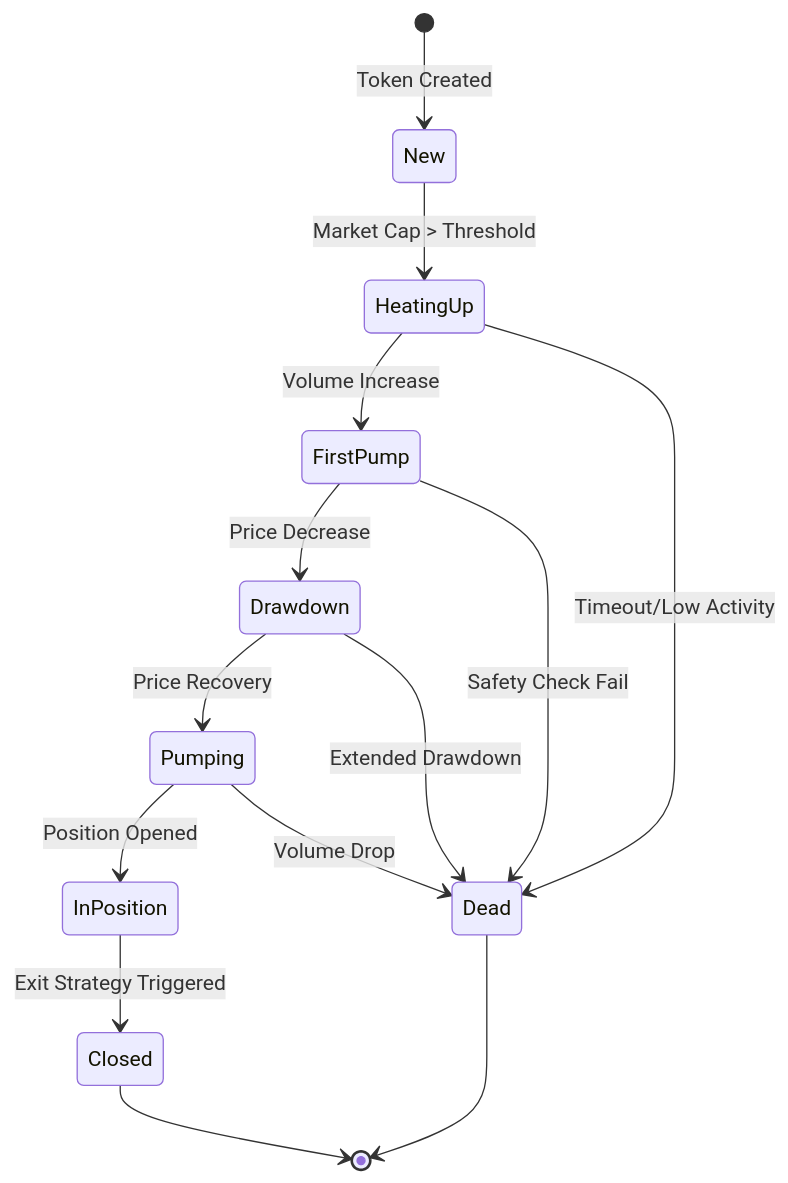
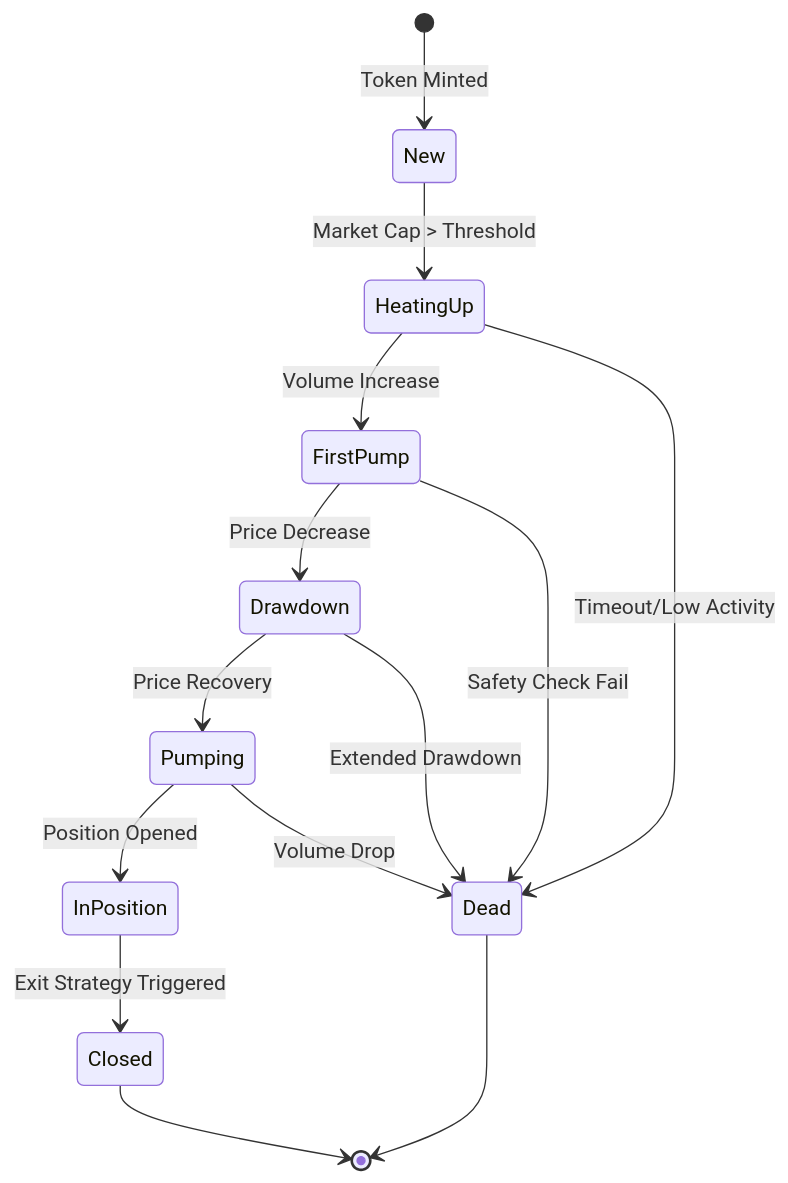
The second of 2 diagrams in docs/diagrams/Architecture.md (proofoftom/money-printer), drawn with Mermaid before and after one commit. The commit also changed other lines of this file and 6 other files, not shown here.

````diff
--- a/docs/diagrams/Architecture.md
+++ b/docs/diagrams/Architecture.md
@@ -55,16 +58,16 @@
 ```mermaid
 stateDiagram-v2
-    [*] --> New: Token Created
+    [*] --> New: Token Minted
     New --> HeatingUp: Market Cap > Threshold
     HeatingUp --> FirstPump: Volume Increase
     HeatingUp --> Dead: Timeout/Low Activity
     FirstPump --> Drawdown: Price Decrease
     FirstPump --> Dead: Safety Check Fail
     Drawdown --> Pumping: Price Recovery
     Drawdown --> Dead: Extended Drawdown
     Pumping --> InPosition: Position Opened
     Pumping --> Dead: Volume Drop
     InPosition --> Closed: Exit Strategy Triggered
     Closed --> [*]
     Dead --> [*]
 ```
````
